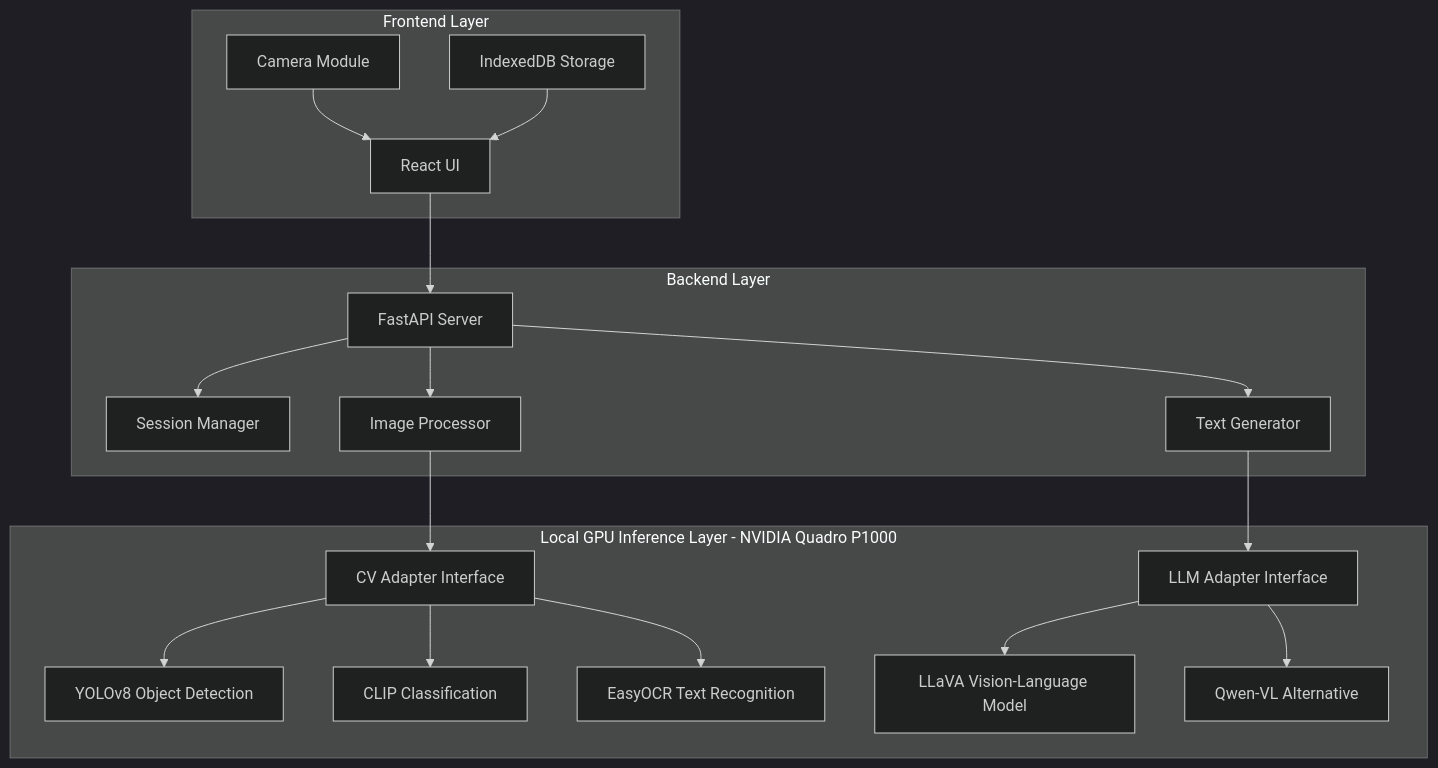
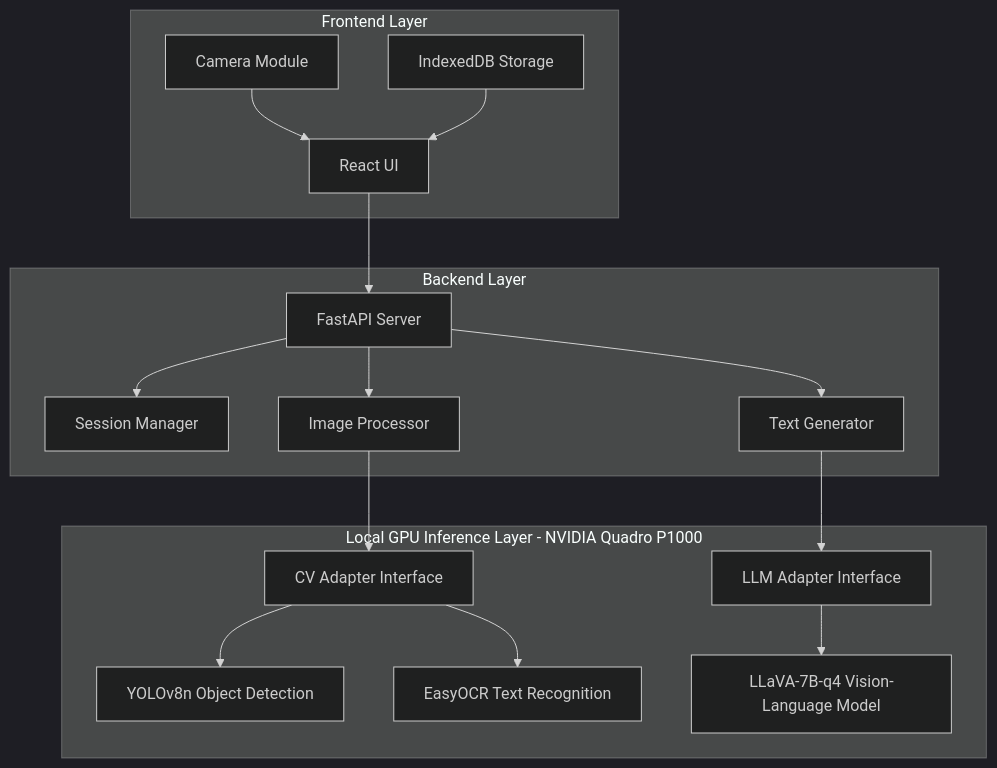
One commit to yrhcjhfj/visual-sommelier changed the diagram in .kiro/specs/visual-sommelier/design.md. Above: the diagram before and after it, drawn with Mermaid (dark theme). The commit also changed other lines of this file and 5 other files, not shown here.

````diff
--- a/.kiro/specs/visual-sommelier/design.md
+++ b/.kiro/specs/visual-sommelier/design.md
@@ -54,42 +52,38 @@
 ```mermaid
 graph TB
     subgraph "Frontend Layer"
         UI[React UI]
         Camera[Camera Module]
         Storage[IndexedDB Storage]
     end
     
     subgraph "Backend Layer"
         API[FastAPI Server]
         SessionMgr[Session Manager]
         ImageProc[Image Processor]
         TextGen[Text Generator]
     end
     
     subgraph "Local GPU Inference Layer - NVIDIA Quadro P1000"
         CVAdapter[CV Adapter Interface]
         LLMAdapter[LLM Adapter Interface]
-        YOLO[YOLOv8 Object Detection]
-        CLIP[CLIP Classification]
+        YOLO[YOLOv8n Object Detection]
         OCR[EasyOCR Text Recognition]
-        LLaVA[LLaVA Vision-Language Model]
-        Qwen[Qwen-VL Alternative]
+        LLaVA[LLaVA-7B-q4 Vision-Language Model]
     end
     
     UI --> API
     Camera --> UI
     Storage --> UI
     
     API --> SessionMgr
     API --> ImageProc
     API --> TextGen
     
     ImageProc --> CVAdapter
     TextGen --> LLMAdapter
     
     CVAdapter --> YOLO
-    CVAdapter --> CLIP
     CVAdapter --> OCR
     LLMAdapter --> LLaVA
-    LLMAdapter --> Qwen
 ```
````
